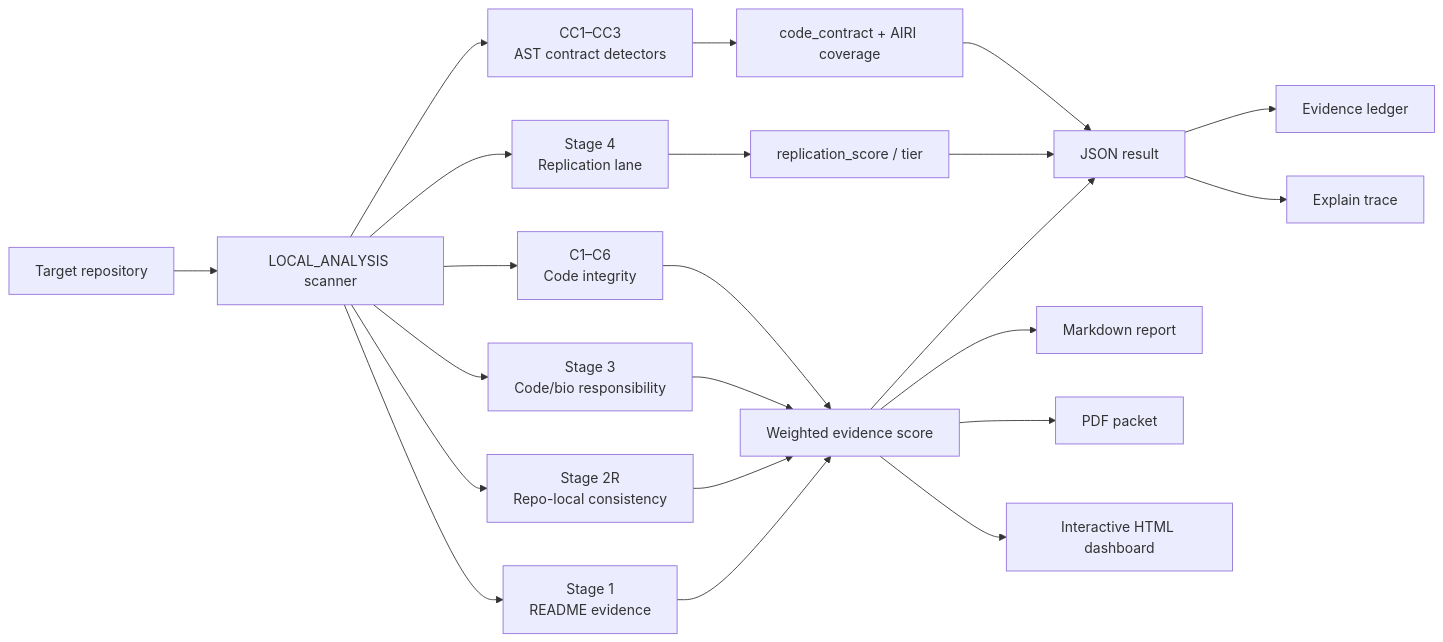
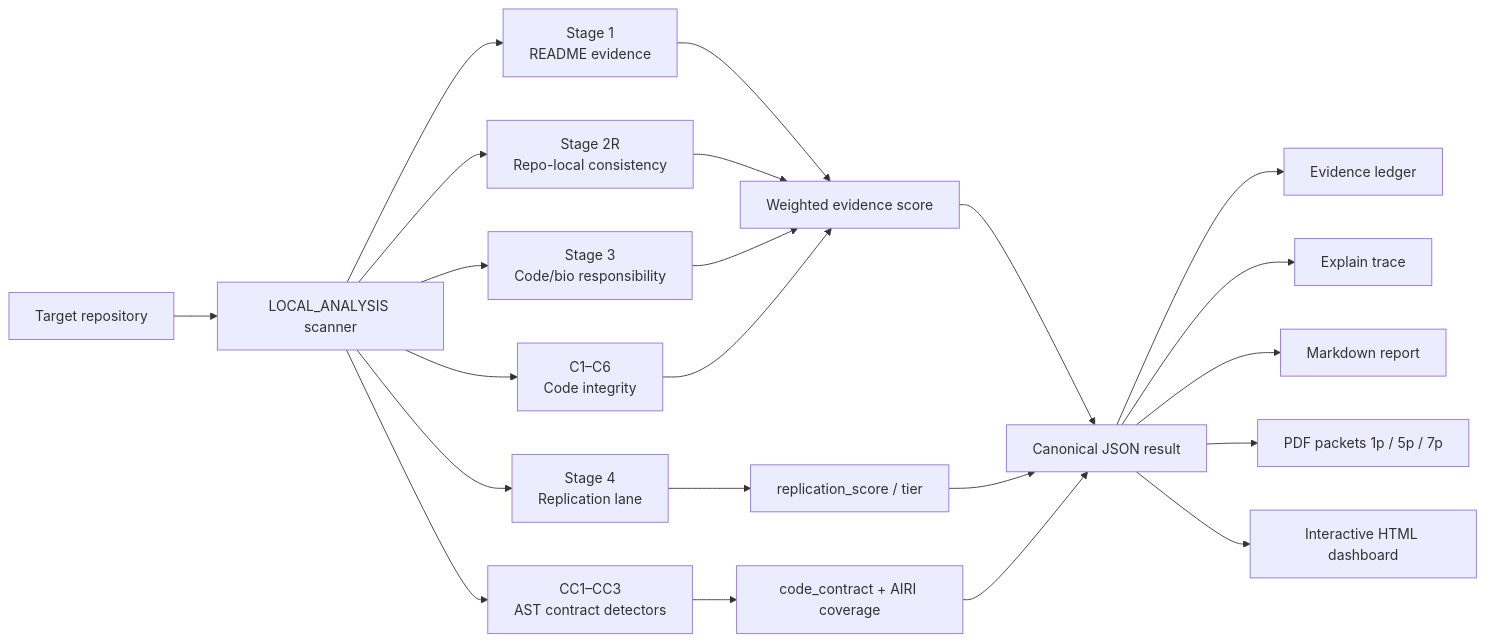
Before and after one commit to flamehaven01/STEM-BIO-AI: the diagram in README.md, drawn with Mermaid. The commit also changed other lines of this file and 1 other file, not shown here.

````diff
--- a/README.md
+++ b/README.md
@@ -135,24 +135,24 @@
 ```mermaid
 flowchart LR
     A[Target repository] --> B[LOCAL_ANALYSIS scanner]
     B --> C[Stage 1\nREADME evidence]
     B --> D[Stage 2R\nRepo-local consistency]
     B --> E[Stage 3\nCode/bio responsibility]
     B --> F[Stage 4\nReplication lane]
     B --> K[C1–C6\nCode integrity]
     B --> CC[CC1–CC3\nAST contract detectors]
     C --> G[Weighted evidence score]
     D --> G
     E --> G
     K --> G
     CC --> R[code_contract + AIRI coverage]
     F --> H[replication_score / tier]
-    G --> I[JSON result]
+    G --> I[Canonical JSON result]
     H --> I
     R --> I
     I --> L[Evidence ledger]
     I --> M[Explain trace]
-    G --> N[Markdown report]
-    G --> O[PDF packet]
-    G --> P[Interactive HTML dashboard]
+    I --> N[Markdown report]
+    I --> O[PDF packets 1p / 5p / 7p]
+    I --> P[Interactive HTML dashboard]
 ```
````
